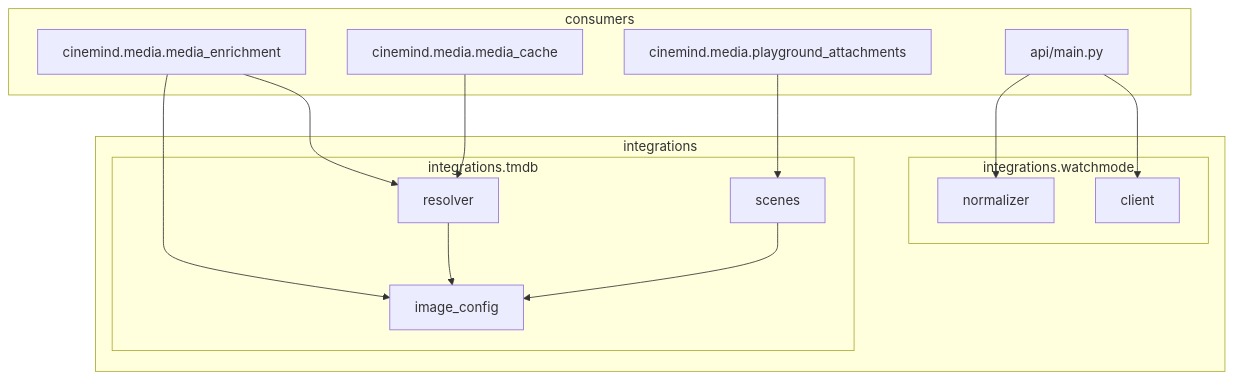
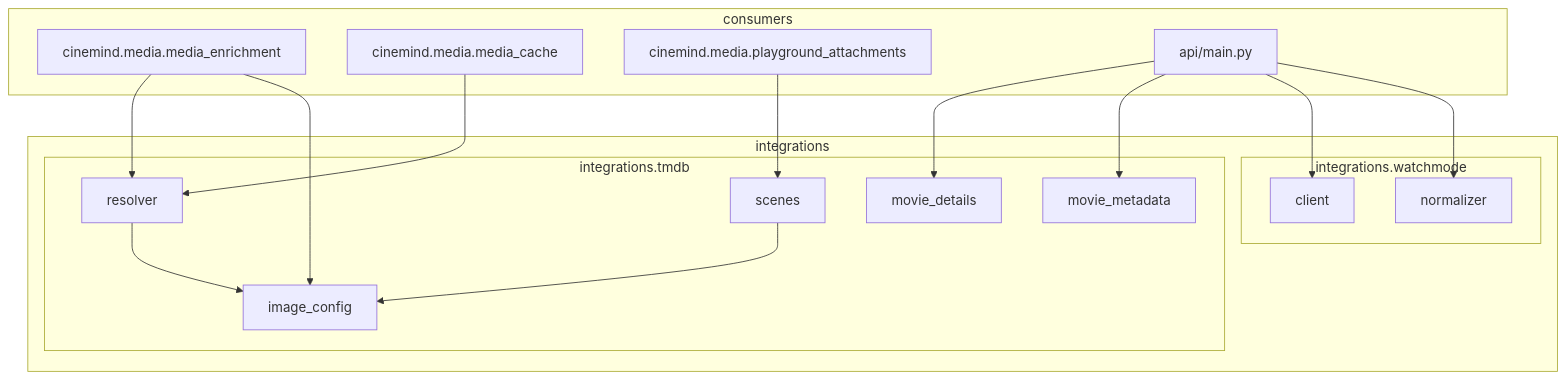
Before and after one commit to mayad123/movieAgent: the seventh of 7 diagrams in docs/features/integrations/EXTERNAL_INTEGRATIONS.md, drawn with Mermaid. The commit also changed other lines of this file and 128 other files, not shown here.

````diff
--- a/docs/features/integrations/EXTERNAL_INTEGRATIONS.md
+++ b/docs/features/integrations/EXTERNAL_INTEGRATIONS.md
@@ -261,31 +303,35 @@
 ```mermaid
 graph TD
     subgraph integrations
         subgraph tmdb["integrations.tmdb"]
             IC["image_config"]
             RES["resolver"]
             SCN["scenes"]
+            MD["movie_details"]
+            META["movie_metadata"]
         end
         subgraph watchmode["integrations.watchmode"]
             WC["client"]
             WN["normalizer"]
         end
     end
 
     RES --> IC
     SCN --> IC
 
     subgraph consumers
         ME["cinemind.media.media_enrichment"]
         MC["cinemind.media.media_cache"]
         PA["cinemind.media.playground_attachments"]
         API["api/main.py"]
     end
 
     ME --> RES
     ME --> IC
     PA --> SCN
     MC --> RES
+    API --> MD
+    API --> META
     API --> WC
     API --> WN
 ```
````
